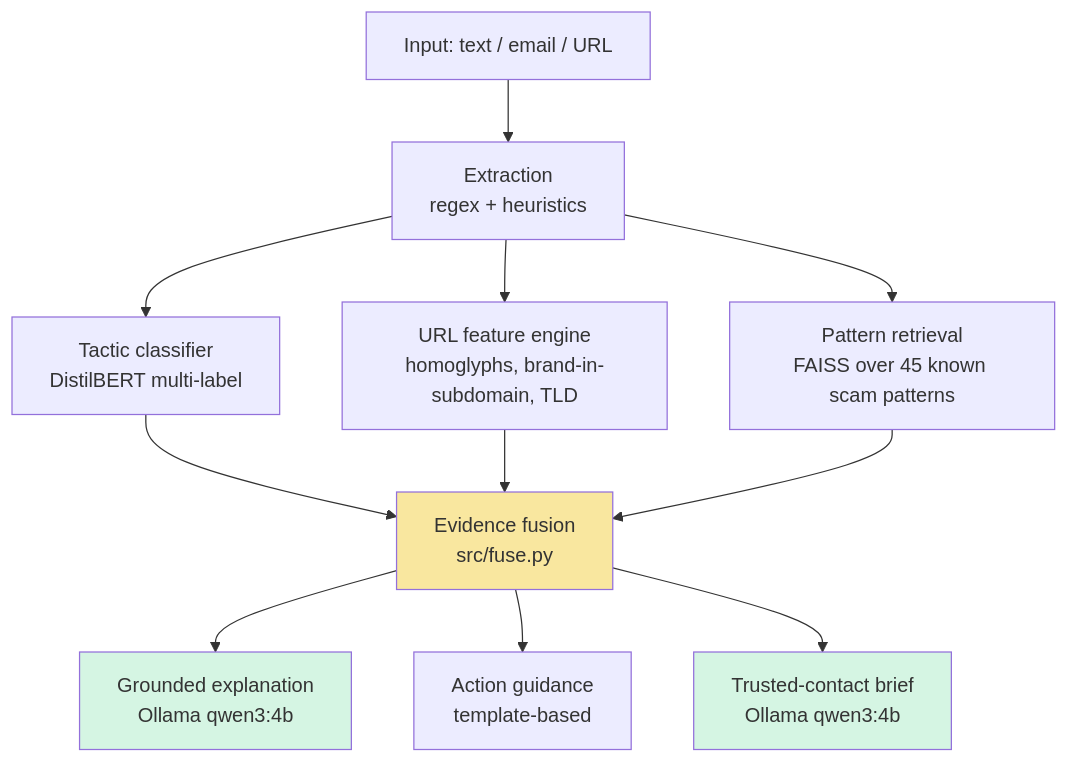
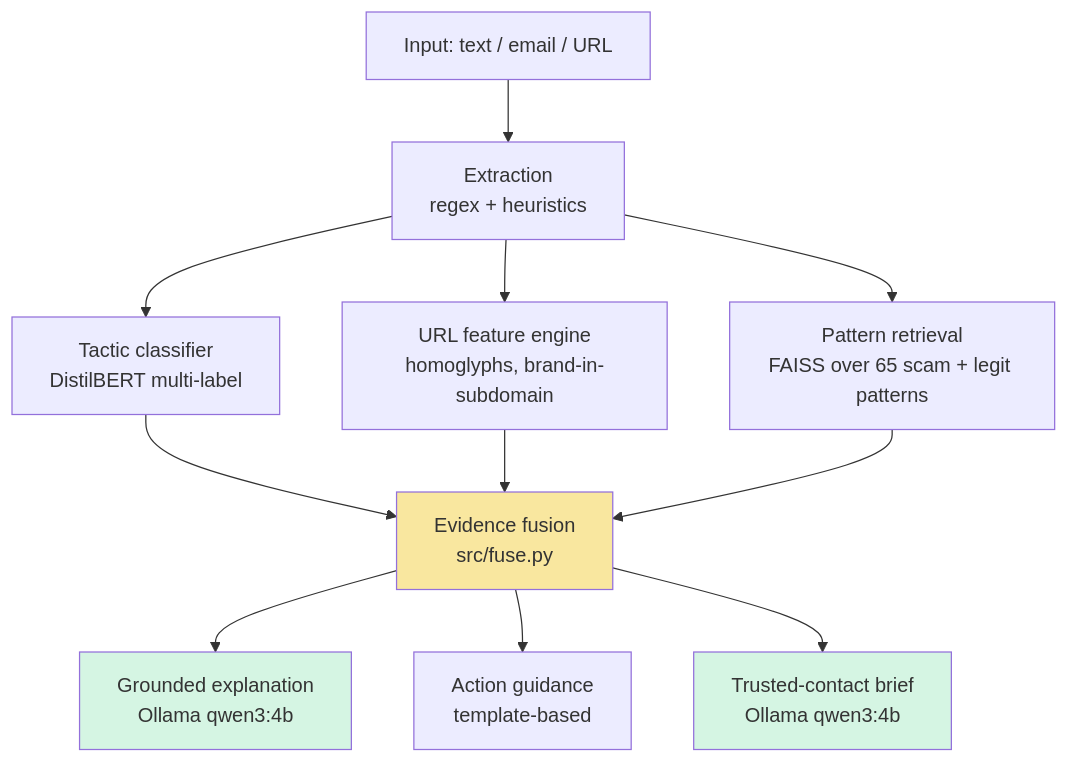
Before and after one commit to imjimit07/Second-Look: the diagram in README.md, drawn with Mermaid. The commit also changed other lines of this file and 6 other files, not shown here.

````diff
--- a/README.md
+++ b/README.md
@@ -44,16 +52,16 @@
 ```mermaid
 flowchart TD
     A[Input: text / email / URL] --> B[Extraction<br/>regex + heuristics]
     B --> C1[Tactic classifier<br/>DistilBERT multi-label]
-    B --> C2[URL feature engine<br/>homoglyphs, brand-in-subdomain, TLD]
-    B --> C3[Pattern retrieval<br/>FAISS over 45 known scam patterns]
+    B --> C2[URL feature engine<br/>homoglyphs, brand-in-subdomain]
+    B --> C3[Pattern retrieval<br/>FAISS over 65 scam + legit patterns]
     C1 --> D[Evidence fusion<br/>src/fuse.py]
     C2 --> D
     C3 --> D
     D --> E[Grounded explanation<br/>Ollama qwen3:4b]
     D --> F[Action guidance<br/>template-based]
     D --> G[Trusted-contact brief<br/>Ollama qwen3:4b]
     style D fill:#f9e79f
     style E fill:#d5f5e3
     style G fill:#d5f5e3
 ```
````
